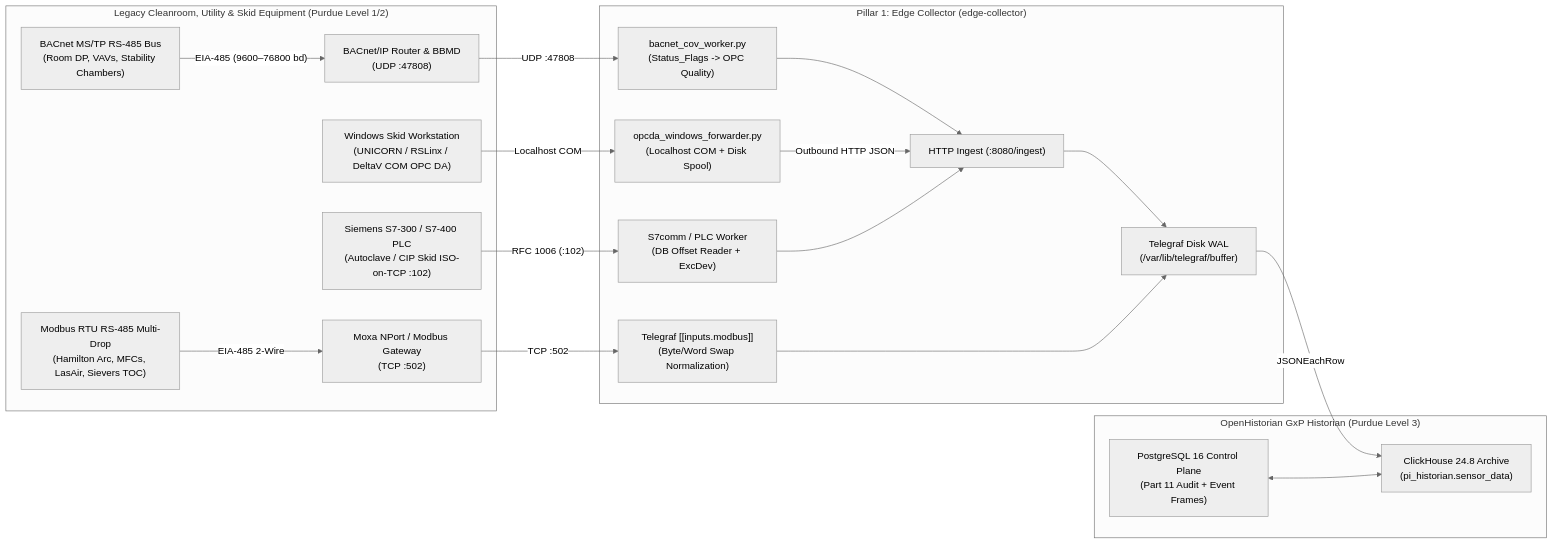
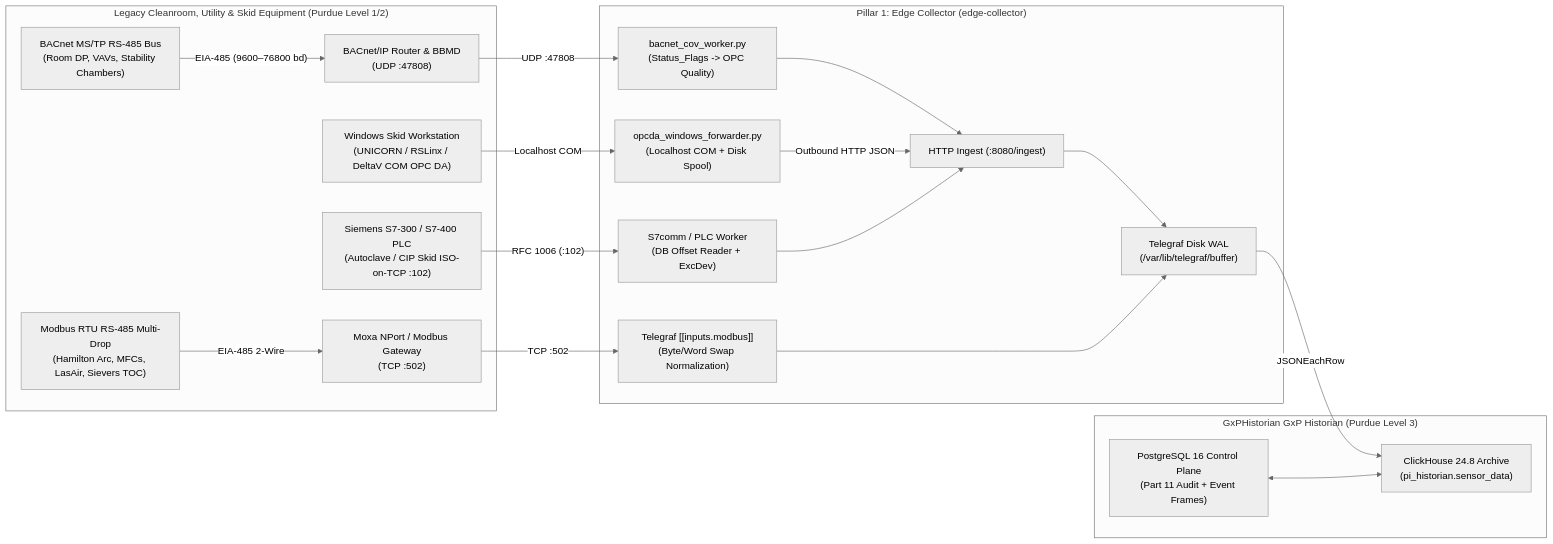
One commit to saram-io/gxp-historian changed the diagram in docs-site/src/content/docs/biopharma-integration/legacy-protocols.md. Above: the diagram before and after it, drawn with Mermaid (neutral theme). The commit also changed other lines of this file and 110 other files, not shown here.

````diff
--- a/docs-site/src/content/docs/biopharma-integration/legacy-protocols.md
+++ b/docs-site/src/content/docs/biopharma-integration/legacy-protocols.md
@@ -26,40 +41,40 @@
 ```mermaid
 flowchart LR
   subgraph Legacy["Legacy Cleanroom, Utility & Skid Equipment (Purdue Level 1/2)"]
     MSTP["BACnet MS/TP RS-485 Bus\n(Room DP, VAVs, Stability Chambers)"]
     ROUTER["BACnet/IP Router & BBMD\n(UDP :47808)"]
     OPCDA_PC["Windows Skid Workstation\n(UNICORN / RSLinx / DeltaV COM OPC DA)"]
     RTU["Modbus RTU RS-485 Multi-Drop\n(Hamilton Arc, MFCs, LasAir, Sievers TOC)"]
     MOXA["Moxa NPort / Modbus Gateway\n(TCP :502)"]
     S7PLC["Siemens S7-300 / S7-400 PLC\n(Autoclave / CIP Skid ISO-on-TCP :102)"]
     MSTP -->|"EIA-485 (9600–76800 bd)"| ROUTER
     RTU -->|"EIA-485 2-Wire"| MOXA
   end
 
   subgraph Edge["Pillar 1: Edge Collector (edge-collector)"]
     BAC_W["bacnet_cov_worker.py\n(Status_Flags -> OPC Quality)"]
     DA_W["opcda_windows_forwarder.py\n(Localhost COM + Disk Spool)"]
     MOD_IN["Telegraf [[inputs.modbus]]\n(Byte/Word Swap Normalization)"]
     S7_W["S7comm / PLC Worker\n(DB Offset Reader + ExcDev)"]
     ING["HTTP Ingest (:8080/ingest)"]
     WAL["Telegraf Disk WAL\n(/var/lib/telegraf/buffer)"]
 
     BAC_W --> ING
     DA_W -->|"Outbound HTTP JSON"| ING
     S7_W --> ING
     ING --> WAL
     MOD_IN --> WAL
   end
 
-  subgraph Core["OpenHistorian GxP Historian (Purdue Level 3)"]
+  subgraph Core["GxPHistorian GxP Historian (Purdue Level 3)"]
     CH["ClickHouse 24.8 Archive\n(pi_historian.sensor_data)"]
     PG["PostgreSQL 16 Control Plane\n(Part 11 Audit + Event Frames)"]
   end
 
   ROUTER -->|"UDP :47808"| BAC_W
   OPCDA_PC -->|"Localhost COM"| DA_W
   MOXA -->|"TCP :502"| MOD_IN
   S7PLC -->|"RFC 1006 (:102)"| S7_W
   WAL -->|"JSONEachRow"| CH
   PG <--> CH
 ```
````
